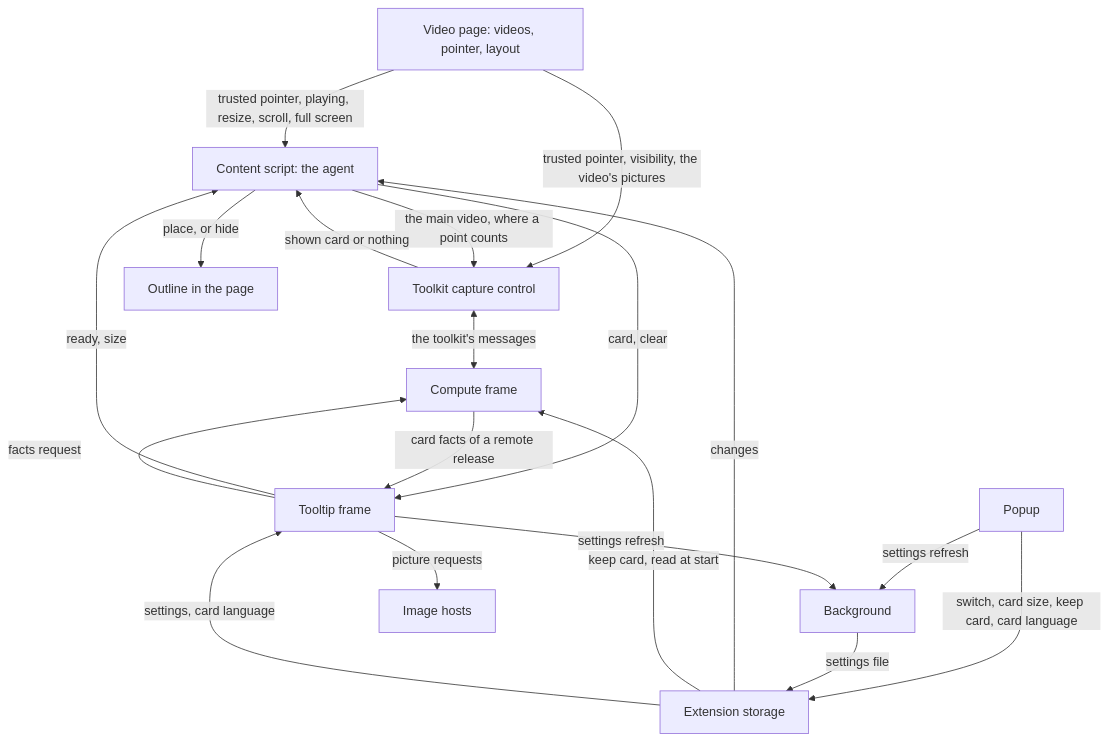
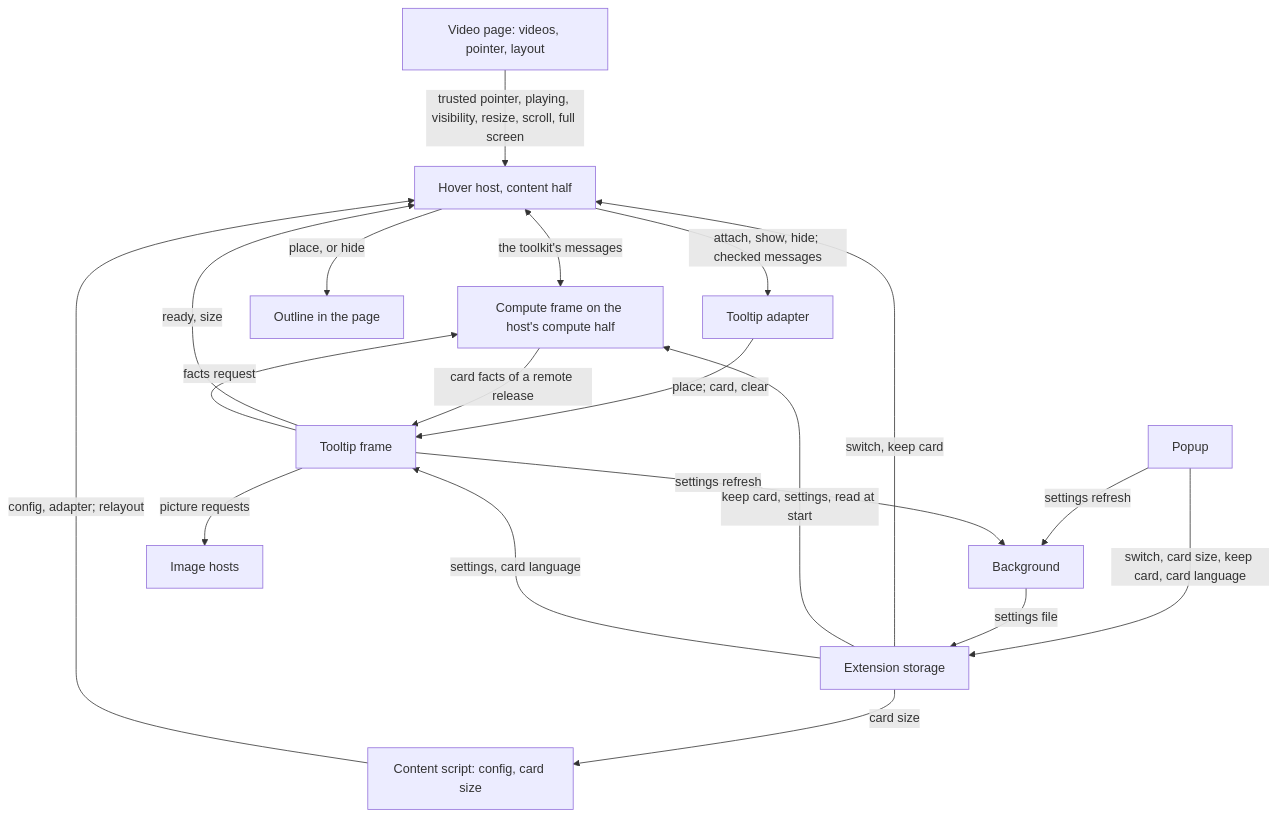
The first of 12 diagrams in docs/hover-map.md (ryangswe/kenbunshoku), drawn with Mermaid before and after one commit. The commit also changed other lines of this file and 96 other files, not shown here.

First line of the commit message:
Run on the toolkit's shared hover host, from toolkit 0.15.0rc1 (#65)

````diff
--- a/docs/hover-map.md
+++ b/docs/hover-map.md
@@ -74,32 +83,33 @@
 ```mermaid
 flowchart TD
   PAGE["Video page: videos, pointer, layout"]
-  AG["Content script: the agent"]
-  CC["Toolkit capture control"]
-  CF["Compute frame"]
+  CS["Content script: config, card size"]
+  HC["Hover host, content half"]
+  AD["Tooltip adapter"]
+  CF["Compute frame on the host's compute half"]
   TF["Tooltip frame"]
   OL["Outline in the page"]
   POP["Popup"]
   ST["Extension storage"]
   BG["Background"]
   IMG["Image hosts"]
 
-  PAGE -->|"trusted pointer, playing, resize, scroll, full screen"| AG
-  PAGE -->|"trusted pointer, visibility, the video's pictures"| CC
-  AG -->|"the main video, where a point counts"| CC
-  CC <-->|"the toolkit's messages"| CF
-  CC -->|"shown card or nothing"| AG
-  AG -->|"card, clear"| TF
-  TF -->|"ready, size"| AG
-  AG -->|"place, or hide"| OL
+  CS -->|"config, adapter; relayout"| HC
+  PAGE -->|"trusted pointer, playing, visibility, resize, scroll, full screen"| HC
+  HC <-->|"the toolkit's messages"| CF
+  HC -->|"attach, show, hide; checked messages"| AD
+  AD -->|"place; card, clear"| TF
+  TF -->|"ready, size"| HC
+  HC -->|"place, or hide"| OL
   CF -->|"card facts of a remote release"| TF
   TF -->|"facts request"| CF
   POP -->|"switch, card size, keep card, card language"| ST
-  ST -->|"changes"| AG
-  ST -->|"keep card, read at start"| CF
+  ST -->|"switch, keep card"| HC
+  ST -->|"card size"| CS
+  ST -->|"keep card, settings, read at start"| CF
   ST -->|"settings, card language"| TF
   POP -->|"settings refresh"| BG
   TF -->|"settings refresh"| BG
   BG -->|"settings file"| ST
   TF -->|"picture requests"| IMG
 ```
````
